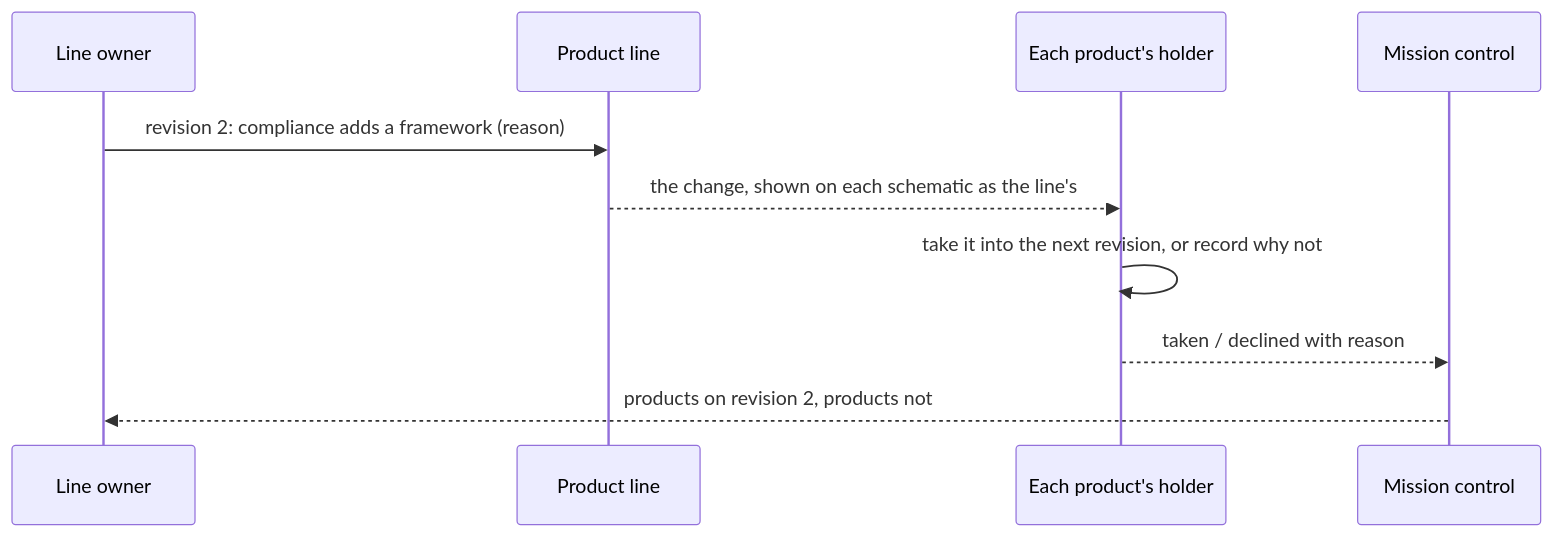
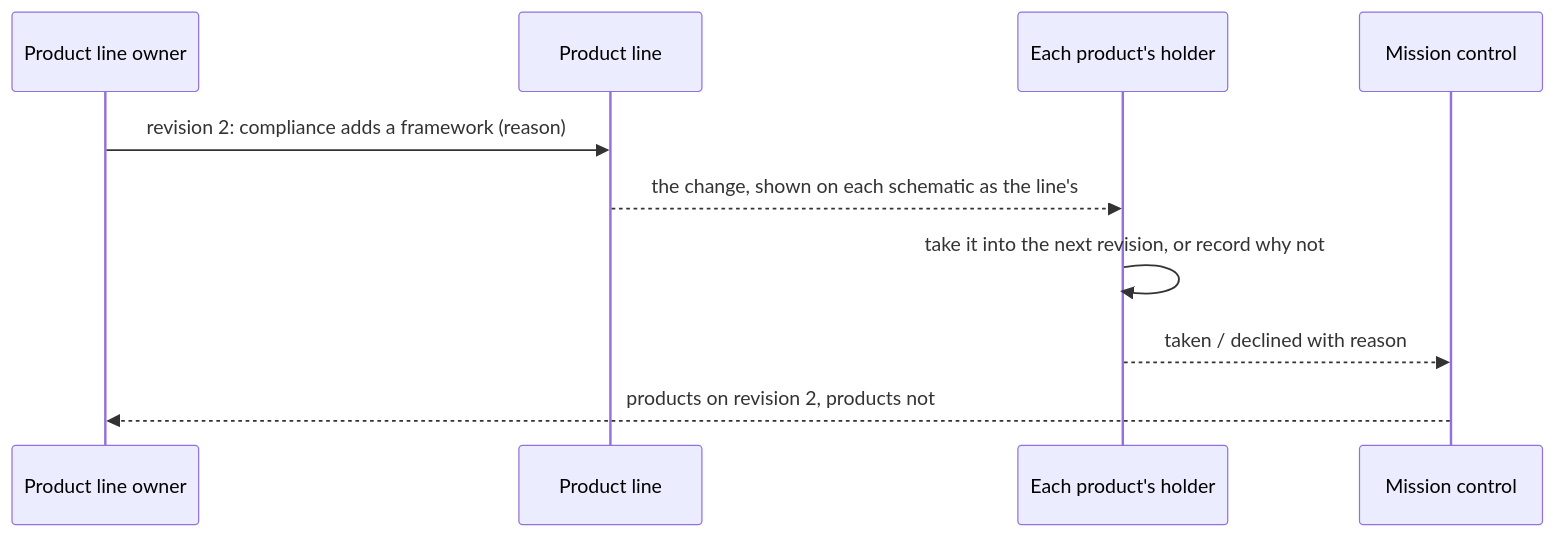
The fourth of 4 diagrams in intent/papers/product-lines.md (russlittle/ZTHR), drawn with Mermaid before and after one commit. The commit also changed other lines of this file and 13 other files, not shown here.

````diff
--- a/intent/papers/product-lines.md
+++ b/intent/papers/product-lines.md
@@ -97,12 +150,12 @@
 ```mermaid
 sequenceDiagram
-  participant G as Line owner
+  participant G as Product line owner
   participant L as Product line
   participant P as Each product's holder
   participant M as Mission control
   G->>L: revision 2: compliance adds a framework (reason)
   L-->>P: the change, shown on each schematic as the line's
   P->>P: take it into the next revision, or record why not
   P-->>M: taken / declined with reason
   M-->>G: products on revision 2, products not
 ```
````
